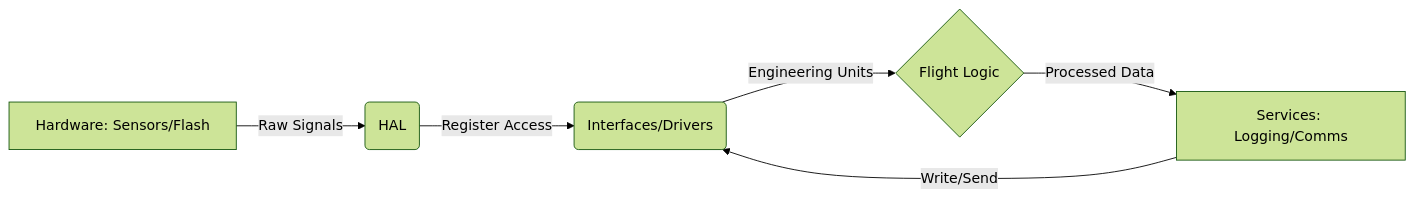
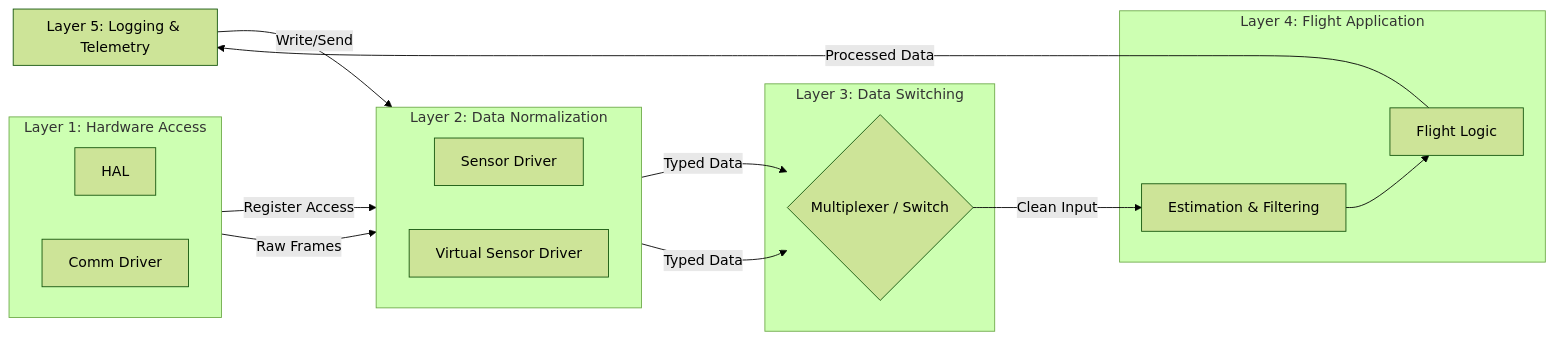
The diagram in docs/technical/firmware.md (Volta-Rocketry/ELS-02), drawn with Mermaid (forest theme) before and after one commit. The commit also changed other lines of this file, not shown here.

First line of the commit message:
Revise firmware architecture documentation

````diff
--- a/docs/technical/firmware.md
+++ b/docs/technical/firmware.md
@@ -11,8 +11,42 @@
 ```mermaid
 graph LR
-    A[Hardware: Sensors/Flash] --> |Raw Signals| B(HAL)
-    B --> |Register Access| C(Interfaces/Drivers)
-    C --> |Engineering Units| D{Flight Logic}
-    D --> |Processed Data| E[Services: Logging/Comms]
-    E --> |Write/Send| C
+    subgraph HW [Layer 1: Hardware Access]
+        direction LR
+        HAL[HAL] 
+        COMM[Comm Driver]
+    end
+
+    subgraph DN [Layer 2: Data Normalization]
+        direction LR
+        SD[Sensor Driver]
+        VSL[Virtual Sensor Driver]
+    end
+
+    subgraph DS [Layer 3: Data Switching]
+        MUX{Multiplexer / Switch}
+    end
+
+    subgraph FA [Layer 4: Flight Application]
+        EF[Estimation & Filtering]
+        FL[Flight Logic]
+    end
+
+    subgraph LOGG [Layer 5: Logging & Telemetry]
+    end
+
+    %% Actual Flow
+    HAL -->|Register Access| SD
+    SD -->|Typed Data| MUX
+
+    %% Injected Flow
+    COMM -->|Raw Frames| VSL
+    VSL -->|Typed Data| MUX
+
+    %% Unified Output
+    MUX -->|Clean Input| EF
+    EF --> FL
+
+    FL --> |Processed Data| LOGG
+
+    LOGG --> |Write/Send| DN
 ```
````
